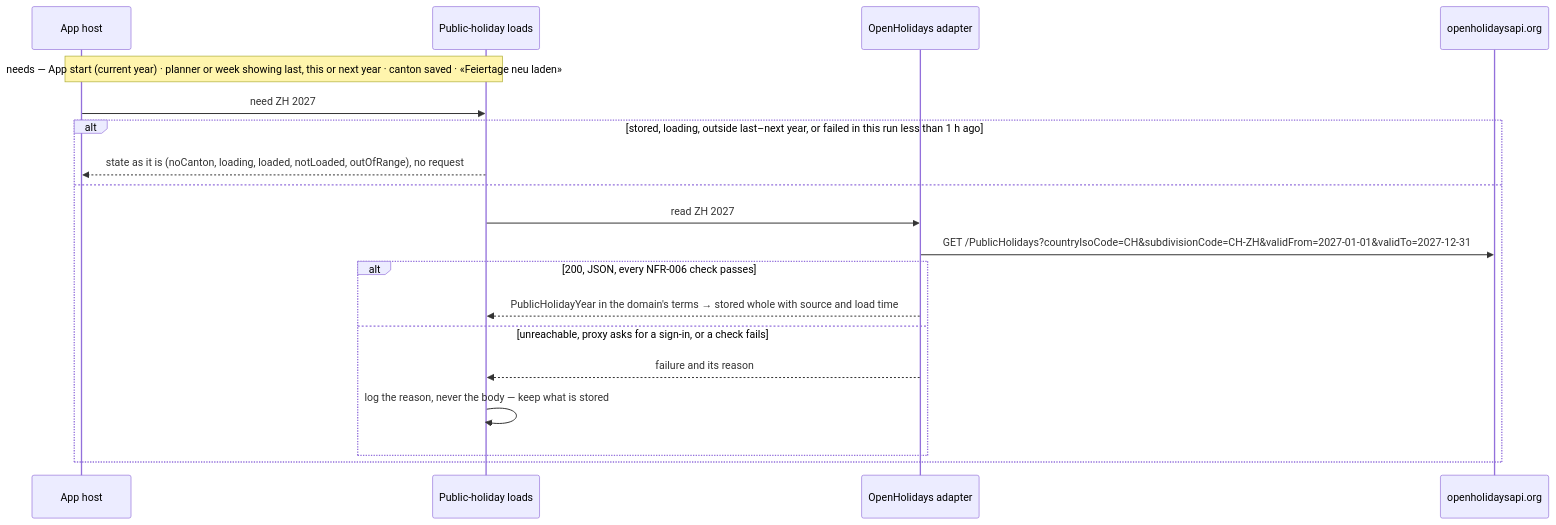
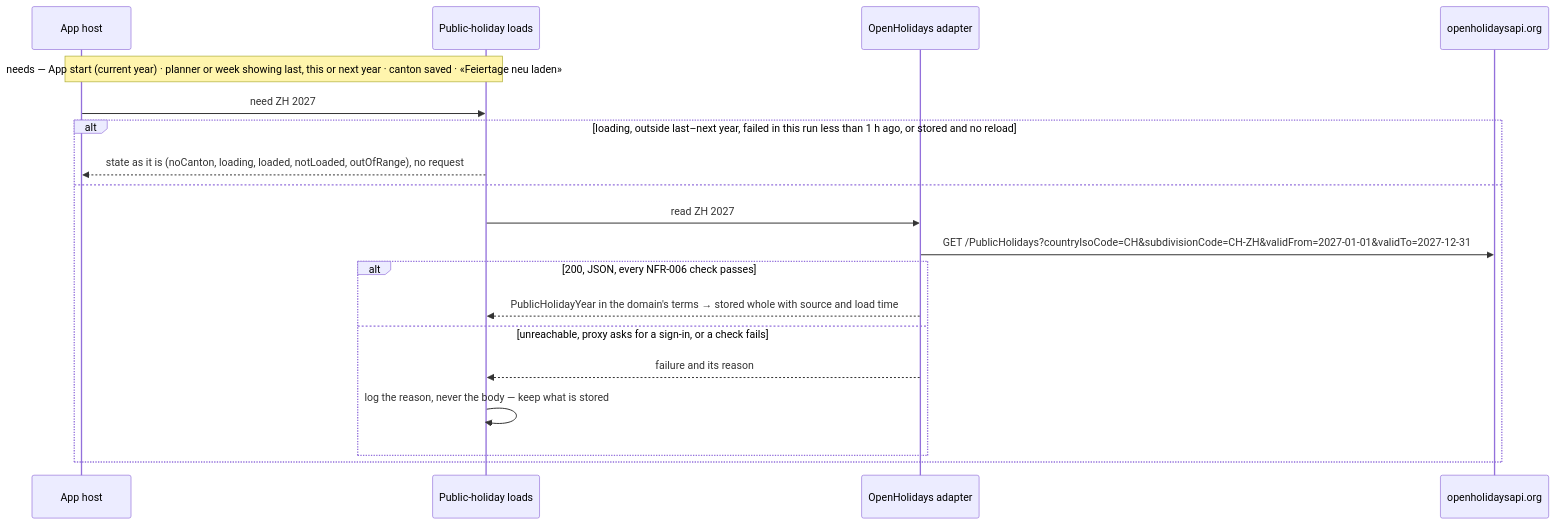
Before and after one commit to Valem/work-time-tracker: the fifth of 6 diagrams in docs/features/002-holiday-planner/concept.md, drawn with Mermaid. The commit also changed other lines of this file and 4 other files, not shown here.

````diff
--- a/docs/features/002-holiday-planner/concept.md
+++ b/docs/features/002-holiday-planner/concept.md
@@ -203,21 +194,21 @@
 ```mermaid
 sequenceDiagram
   participant H as App host
   participant L as Public-holiday loads
   participant S as OpenHolidays adapter
   participant O as openholidaysapi.org
   Note over H,L: needs — App start (current year) · planner or week showing last, this or next year · canton saved · «Feiertage neu laden»
   H->>L: need ZH 2027
-  alt stored, loading, outside last–next year, or failed in this run less than 1 h ago
+  alt loading, outside last–next year, failed in this run less than 1 h ago, or stored and no reload
     L-->>H: state as it is (noCanton, loading, loaded, notLoaded, outOfRange), no request
   else
     L->>S: read ZH 2027
     S->>O: GET /PublicHolidays?countryIsoCode=CH&subdivisionCode=CH-ZH&validFrom=2027-01-01&validTo=2027-12-31
     alt 200, JSON, every NFR-006 check passes
       S-->>L: PublicHolidayYear in the domain's terms → stored whole with source and load time
     else unreachable, proxy asks for a sign-in, or a check fails
       S-->>L: failure and its reason
       L->>L: log the reason, never the body — keep what is stored
     end
   end
 ```
````
